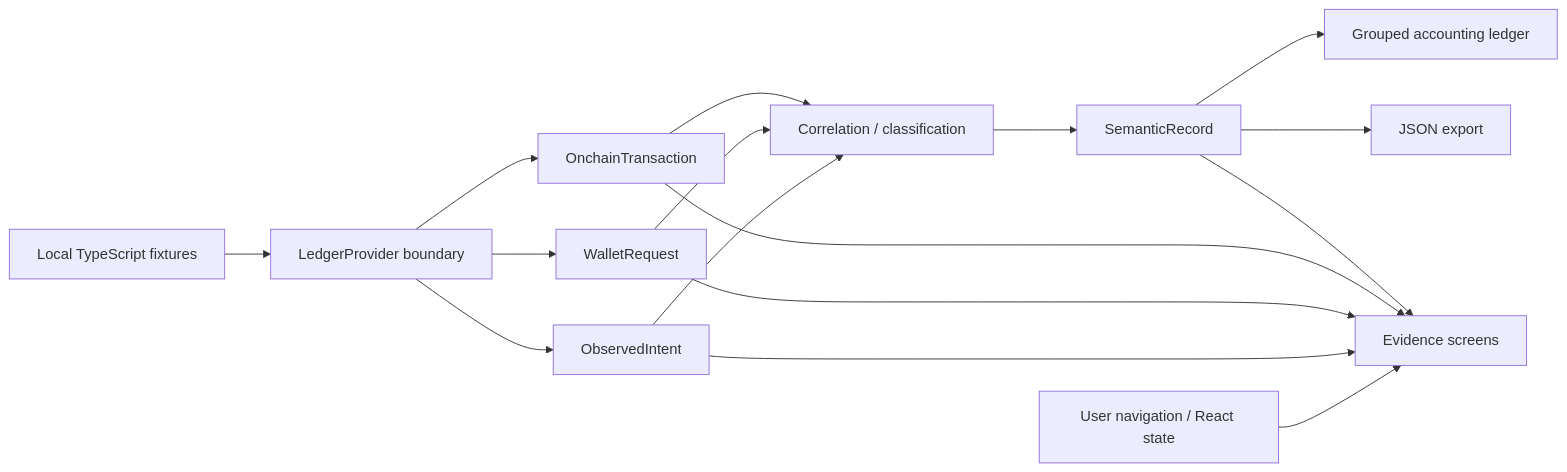
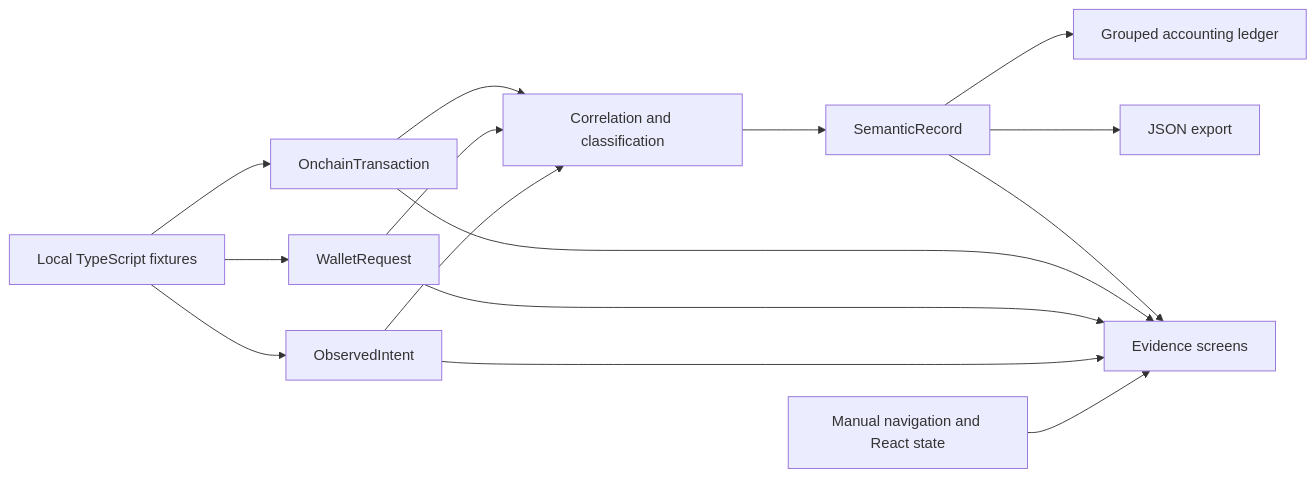
One commit to tomsyoya/intentledger changed the diagram in README.md. Above: the diagram before and after it, drawn with Mermaid. The commit also changed other lines of this file, not shown here.

````diff
--- a/README.md
+++ b/README.md
@@ -63,18 +104,17 @@
 ```mermaid
 flowchart LR
-  F[Local TypeScript fixtures] --> P[LedgerProvider boundary]
-  P --> I[ObservedIntent]
-  P --> W[WalletRequest]
-  P --> T[OnchainTransaction]
-  I --> C[Correlation / classification]
+  F[Local TypeScript fixtures] --> I[ObservedIntent]
+  F --> W[WalletRequest]
+  F --> T[OnchainTransaction]
+  I --> C[Correlation and classification]
   W --> C
   T --> C
   C --> R[SemanticRecord]
   R --> A[Grouped accounting ledger]
   R --> J[JSON export]
-  D[User navigation / React state] --> U[Evidence screens]
+  N[Manual navigation and React state] --> U[Evidence screens]
   I --> U
   W --> U
   T --> U
   R --> U
 ```
````
